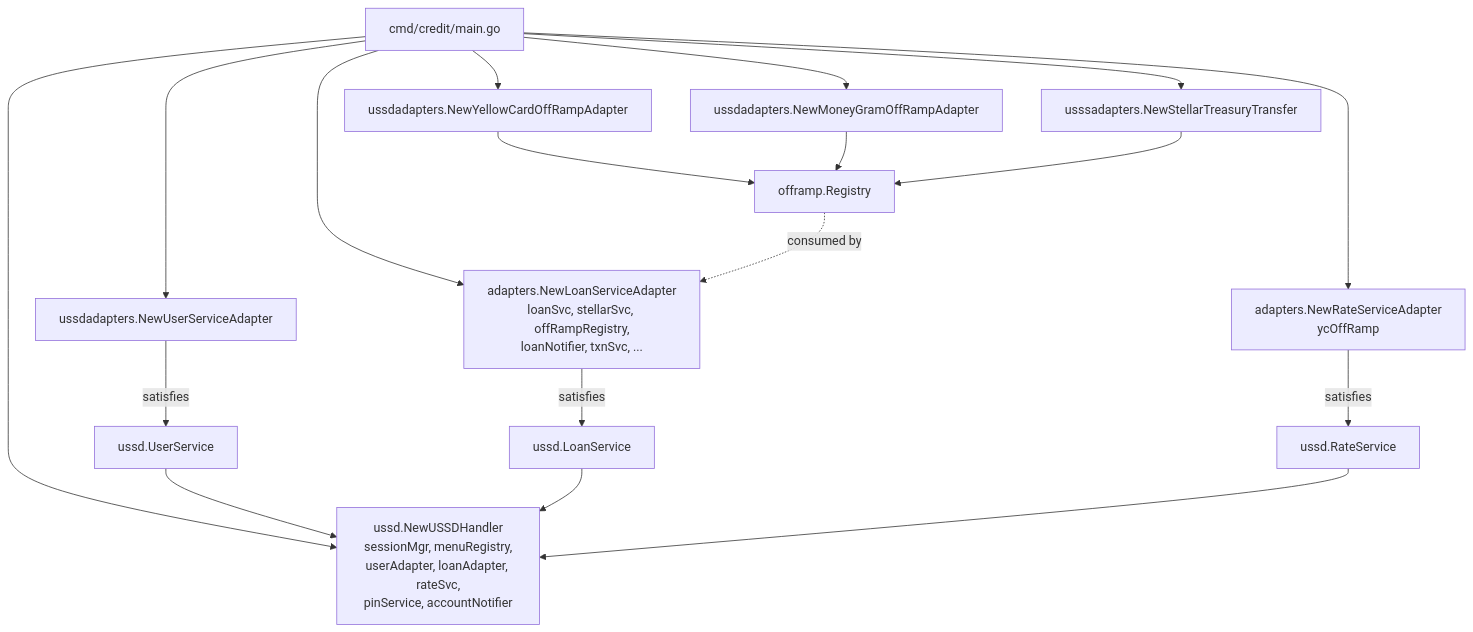
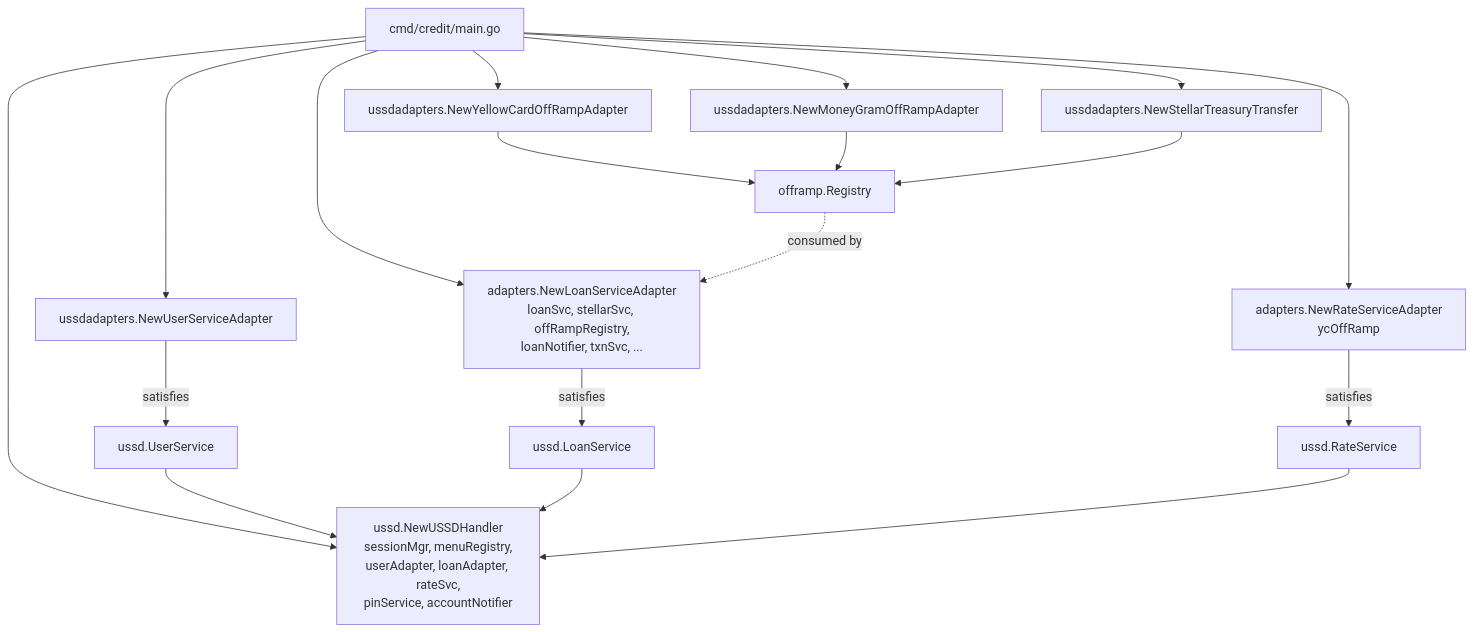
The second of 2 diagrams in docs/mobile/README.md (Shamba-Records-Limited/microvault), drawn with Mermaid before and after one commit. The commit also changed other lines of this file and 4 other files, not shown here.

````diff
--- a/docs/mobile/README.md
+++ b/docs/mobile/README.md
@@ -300,26 +300,26 @@
 ```mermaid
 flowchart TD
-    Main[cmd/credit/main.go]
+    Main["cmd/credit/main.go"]
 
-    Main --> UA[ussdadapters.NewUserServiceAdapter]
-    Main --> YC[ussdadapters.NewYellowCardOffRampAdapter]
-    Main --> MG[ussdadapters.NewMoneyGramOffRampAdapter]
-    Main --> ST[usssadapters.NewStellarTreasuryTransfer]
+    Main --> UA["ussdadapters.NewUserServiceAdapter"]
+    Main --> YC["ussdadapters.NewYellowCardOffRampAdapter"]
+    Main --> MG["ussdadapters.NewMoneyGramOffRampAdapter"]
+    Main --> ST["ussdadapters.NewStellarTreasuryTransfer"]
 
-    YC --> Reg[offramp.Registry]
+    YC --> Reg["offramp.Registry"]
     MG --> Reg
     ST --> Reg
 
-    Main --> LA[adapters.NewLoanServiceAdapter<br/>loanSvc, stellarSvc, offRampRegistry,<br/>loanNotifier, txnSvc, ...]
-    Main --> RA[adapters.NewRateServiceAdapter<br/>ycOffRamp]
+    Main --> LA["adapters.NewLoanServiceAdapter<br/>loanSvc, stellarSvc, offRampRegistry,<br/>loanNotifier, txnSvc, ..."]
+    Main --> RA["adapters.NewRateServiceAdapter<br/>ycOffRamp"]
 
-    UA -->|satisfies| US[ussd.UserService]
-    LA -->|satisfies| LS[ussd.LoanService]
-    RA -->|satisfies| RS[ussd.RateService]
-    Reg -.consumed by.-> LA
+    UA -->|satisfies| US["ussd.UserService"]
+    LA -->|satisfies| LS["ussd.LoanService"]
+    RA -->|satisfies| RS["ussd.RateService"]
+    Reg -. "consumed by" .-> LA
 
-    Main --> H[ussd.NewUSSDHandler<br/>sessionMgr, menuRegistry,<br/>userAdapter, loanAdapter, rateSvc,<br/>pinService, accountNotifier]
+    Main --> H["ussd.NewUSSDHandler<br/>sessionMgr, menuRegistry,<br/>userAdapter, loanAdapter, rateSvc,<br/>pinService, accountNotifier"]
     US --> H
     LS --> H
     RS --> H
 ```
````
